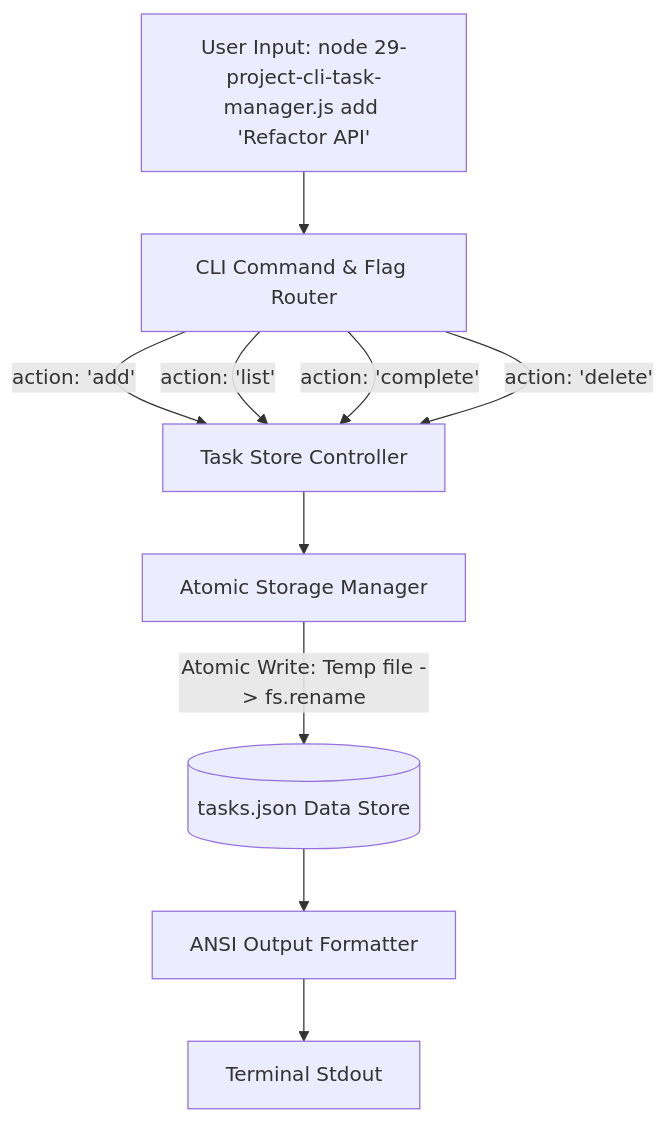
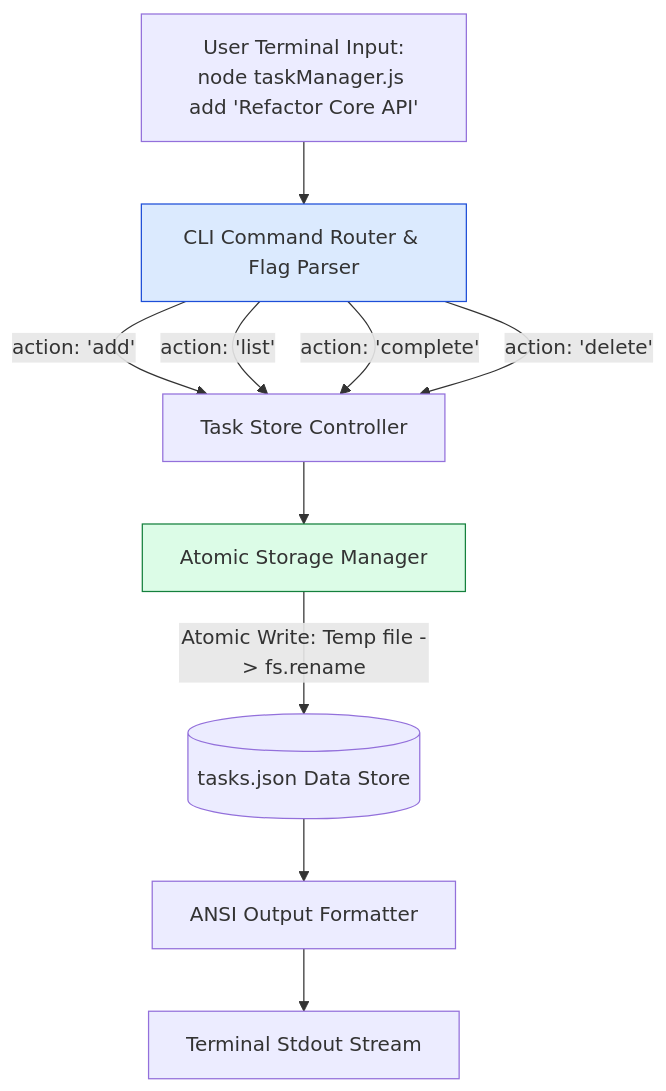
The first of 2 diagrams in nodejs-notes/29-project-cli-task-manager.md (Amie-dev/engineering-playbook), drawn with Mermaid before and after one commit. The commit also changed other lines of this file and 31 other files, not shown here.

````diff
--- a/nodejs-notes/29-project-cli-task-manager.md
+++ b/nodejs-notes/29-project-cli-task-manager.md
@@ -13,14 +15,17 @@
 ```mermaid
 flowchart TD
-    UserCLI["User Input: node 29-project-cli-task-manager.js add 'Refactor API'"] --> ArgParser[CLI Command & Flag Router]
+    UserCLI["User Terminal Input:<br/>node taskManager.js add 'Refactor Core API'"] --> ArgParser[CLI Command Router & Flag Parser]
     
     ArgParser -->|action: 'add'| TaskStore[Task Store Controller]
     ArgParser -->|action: 'list'| TaskStore
     ArgParser -->|action: 'complete'| TaskStore
     ArgParser -->|action: 'delete'| TaskStore
 
     TaskStore --> FilePersist[Atomic Storage Manager]
     FilePersist -->|Atomic Write: Temp file -> fs.rename| DataFile[(tasks.json Data Store)]
     DataFile --> Formatter[ANSI Output Formatter]
-    Formatter --> TerminalOutput[Terminal Stdout]
+    Formatter --> TerminalOutput[Terminal Stdout Stream]
+
+    style ArgParser fill:#dbeafe,stroke:#1d4ed8
+    style FilePersist fill:#dcfce7,stroke:#15803d
 ```
````
